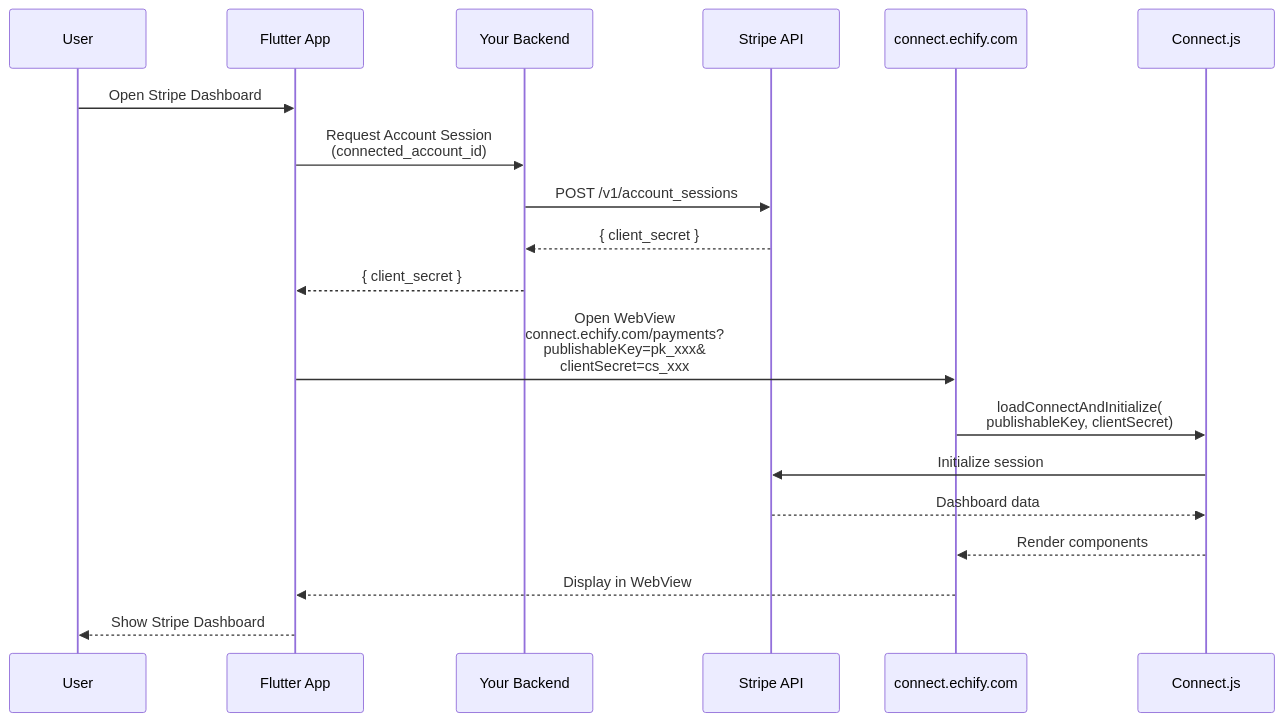
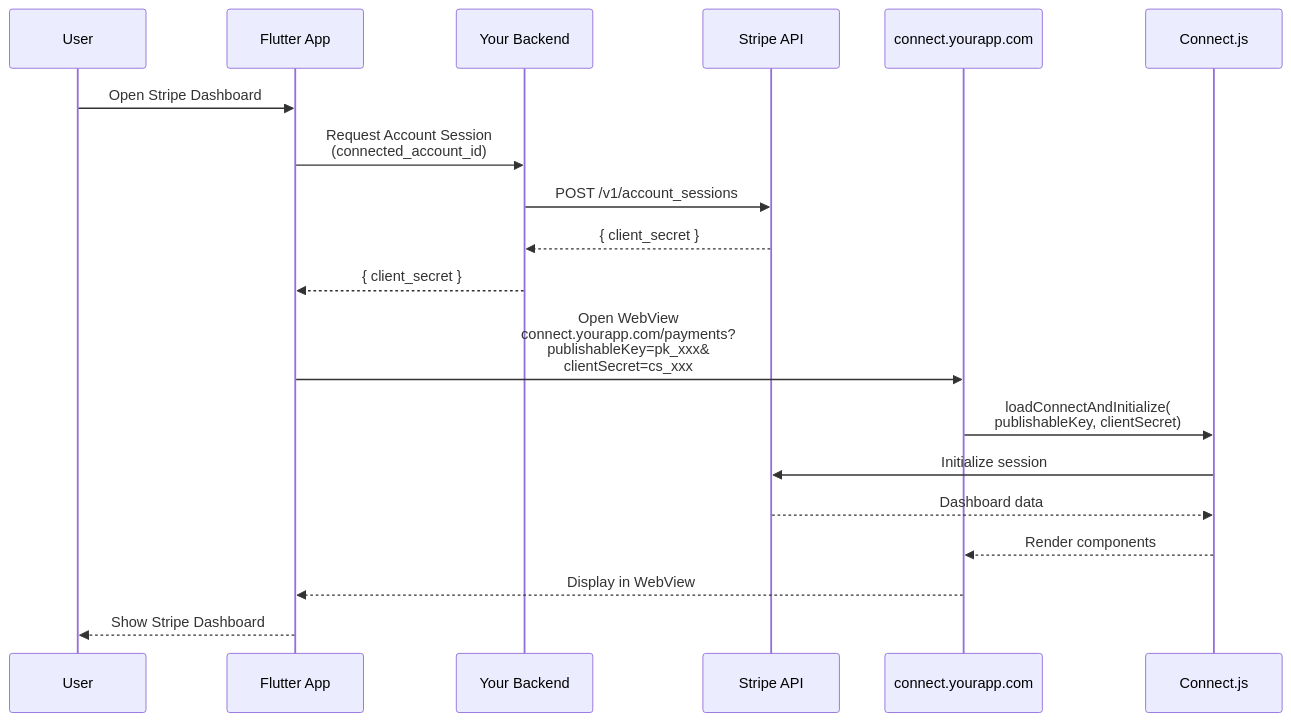
The second of 3 diagrams in STRIPE_CONNECT_WEBVIEW_INTEGRATION.md (sheriax/flutter_stripe_connect), drawn with Mermaid before and after one commit. The commit also changed other lines of this file and 3 other files, not shown here.

````diff
--- a/STRIPE_CONNECT_WEBVIEW_INTEGRATION.md
+++ b/STRIPE_CONNECT_WEBVIEW_INTEGRATION.md
@@ -66,24 +66,24 @@
 ```mermaid
 sequenceDiagram
     participant User
     participant FlutterApp as Flutter App
     participant Backend as Your Backend
     participant Stripe as Stripe API
-    participant Website as connect.echify.com
+    participant Website as connect.yourapp.com
     participant StripeJS as Connect.js
     
     User->>FlutterApp: Open Stripe Dashboard
     FlutterApp->>Backend: Request Account Session<br/>(connected_account_id)
     Backend->>Stripe: POST /v1/account_sessions
     Stripe-->>Backend: { client_secret }
     Backend-->>FlutterApp: { client_secret }
     
-    FlutterApp->>Website: Open WebView<br/>connect.echify.com/payments?<br/>publishableKey=pk_xxx&<br/>clientSecret=cs_xxx
+    FlutterApp->>Website: Open WebView<br/>connect.yourapp.com/payments?<br/>publishableKey=pk_xxx&<br/>clientSecret=cs_xxx
     
     Website->>StripeJS: loadConnectAndInitialize(<br/>publishableKey, clientSecret)
     StripeJS->>Stripe: Initialize session
     Stripe-->>StripeJS: Dashboard data
     StripeJS-->>Website: Render components
     Website-->>FlutterApp: Display in WebView
     FlutterApp-->>User: Show Stripe Dashboard
 ```
````
